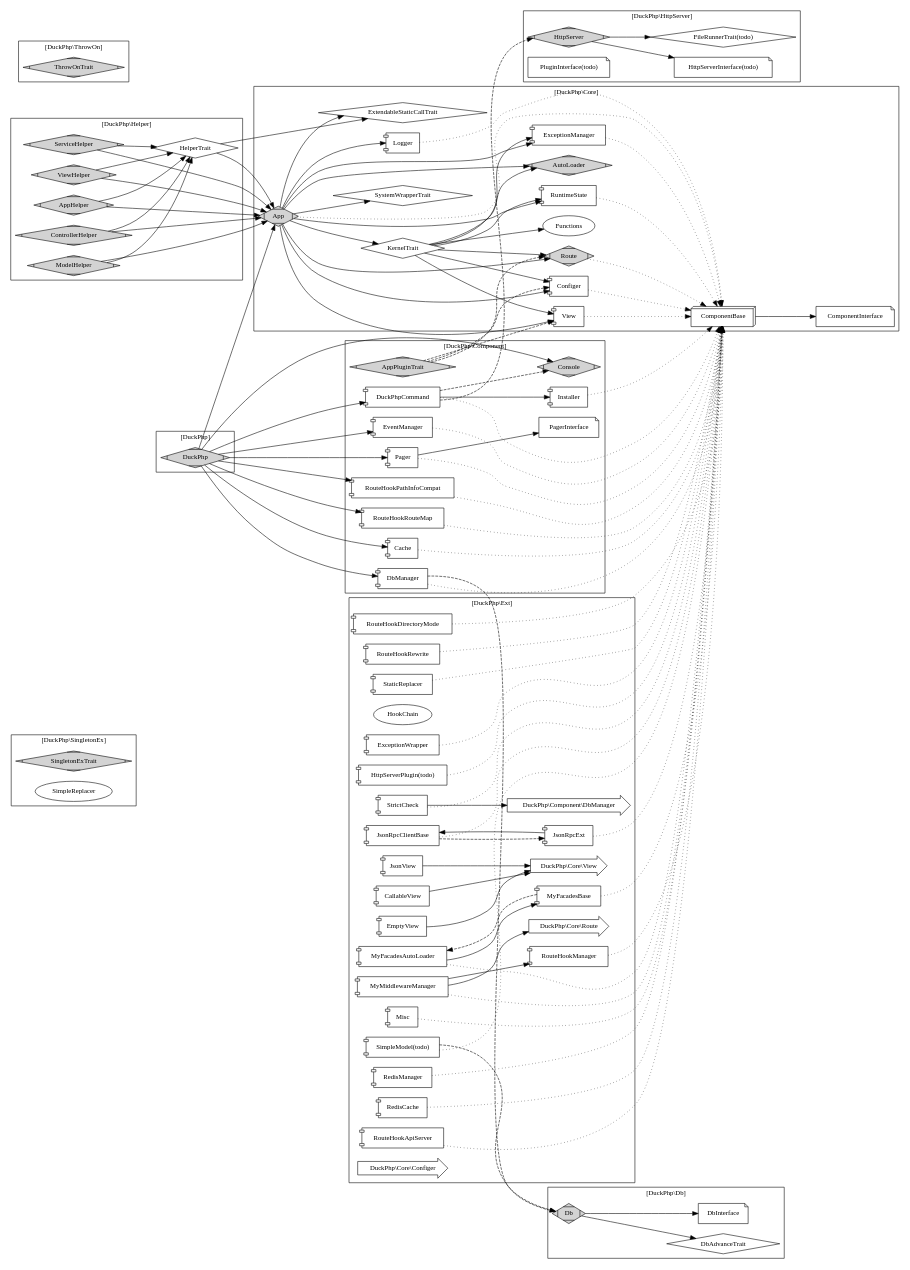
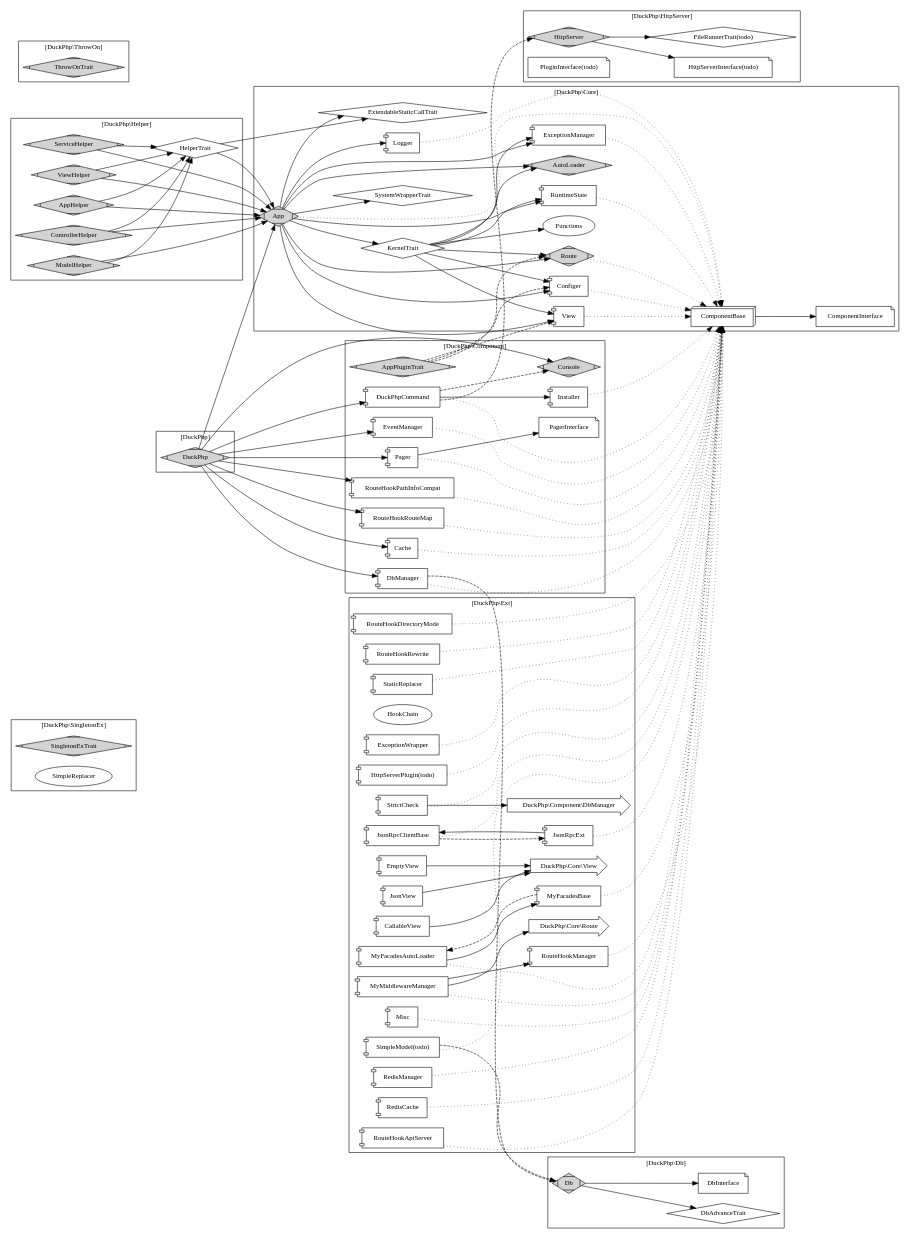
The diagram in docs/duckphp.gv (dvaknheo/duckphp), drawn with Graphviz before and after one commit. The commit also changed 2 other files, not shown here.

```diff
--- a/docs/duckphp.gv
+++ b/docs/duckphp.gv
@@ -205,7 +205,6 @@
     StaticReplacer [shape="component"];
     StrictCheck[shape="component"];
 
-    X_Core_Configer[label="DuckPhp\\Core\\Configer",shape="rarrow"];
     X_Core_Route[label="DuckPhp\\Core\\Route",shape="rarrow"];
     X_Core_View[label="DuckPhp\\Core\\View",shape="rarrow"];
     X_DbManager[label="DuckPhp\\Component\\DbManager",shape="rarrow"];
```
